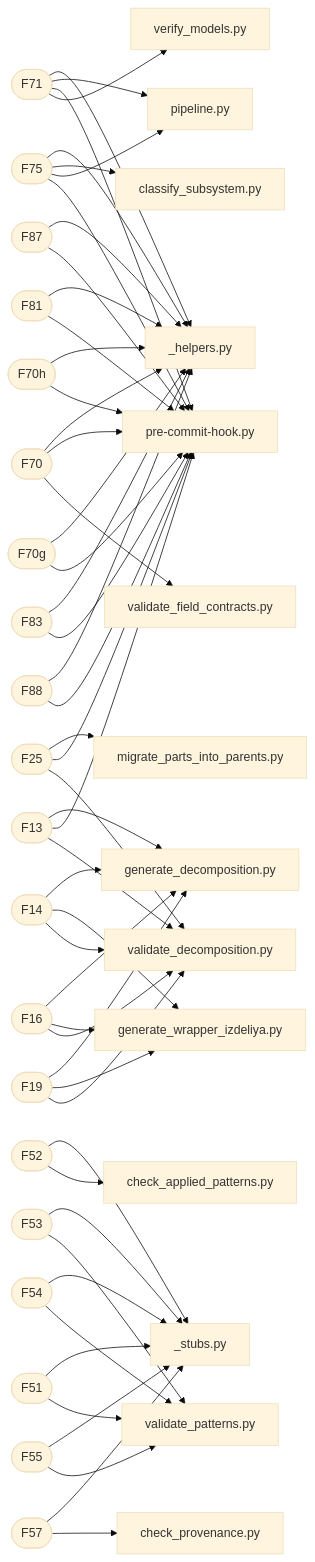
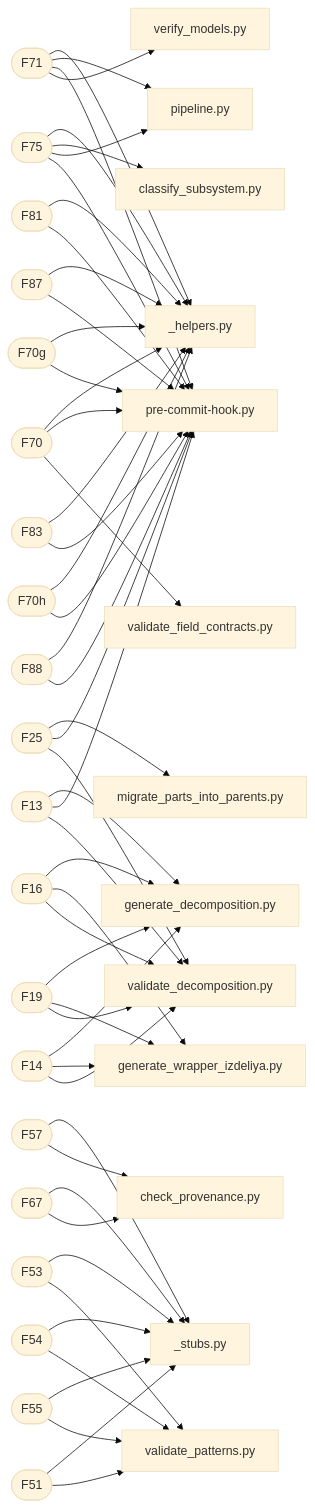
The diagram in graphs/mermaid/graph3_traceability.md (a-m-e-n-t-e-t/SkyNet), drawn with Mermaid (base theme) before and after one commit. The commit also changed 5 other files, not shown here.

First line of the commit message:
perf(scripts): F4 fast-path + F70 schema cache — pre-commit 11s→4s

````diff
--- a/graphs/mermaid/graph3_traceability.md
+++ b/graphs/mermaid/graph3_traceability.md
@@ -27,13 +27,6 @@
     F70 --> script_pre-commit-hook_py
     script_validate_field_contracts_py[validate_field_contracts.py]
     F70 --> script_validate_field_contracts_py
-    F14([F14])
-    script_generate_decomposition_py[generate_decomposition.py]
-    F14 --> script_generate_decomposition_py
-    script_generate_wrapper_izdeliya_py[generate_wrapper_izdeliya.py]
-    F14 --> script_generate_wrapper_izdeliya_py
-    script_validate_decomposition_py[validate_decomposition.py]
-    F14 --> script_validate_decomposition_py
     F13([F13])
     script_generate_decomposition_py[generate_decomposition.py]
     F13 --> script_generate_decomposition_py
@@ -55,6 +48,13 @@
     F19 --> script_generate_wrapper_izdeliya_py
     script_validate_decomposition_py[validate_decomposition.py]
     F19 --> script_validate_decomposition_py
+    F14([F14])
+    script_generate_decomposition_py[generate_decomposition.py]
+    F14 --> script_generate_decomposition_py
+    script_generate_wrapper_izdeliya_py[generate_wrapper_izdeliya.py]
+    F14 --> script_generate_wrapper_izdeliya_py
+    script_validate_decomposition_py[validate_decomposition.py]
+    F14 --> script_validate_decomposition_py
     F25([F25])
     script_migrate_parts_into_parents_py[migrate_parts_into_parents.py]
     F25 --> script_migrate_parts_into_parents_py
@@ -62,21 +62,16 @@
     F25 --> script_pre-commit-hook_py
     script_validate_decomposition_py[validate_decomposition.py]
     F25 --> script_validate_decomposition_py
+    F81([F81])
+    script__helpers_py[_helpers.py]
+    F81 --> script__helpers_py
+    script_pre-commit-hook_py[pre-commit-hook.py]
+    F81 --> script_pre-commit-hook_py
     F87([F87])
     script__helpers_py[_helpers.py]
     F87 --> script__helpers_py
     script_pre-commit-hook_py[pre-commit-hook.py]
     F87 --> script_pre-commit-hook_py
-    F81([F81])
-    script__helpers_py[_helpers.py]
-    F81 --> script__helpers_py
-    script_pre-commit-hook_py[pre-commit-hook.py]
-    F81 --> script_pre-commit-hook_py
-    F70h([F70h])
-    script__helpers_py[_helpers.py]
-    F70h --> script__helpers_py
-    script_pre-commit-hook_py[pre-commit-hook.py]
-    F70h --> script_pre-commit-hook_py
     F70g([F70g])
     script__helpers_py[_helpers.py]
     F70g --> script__helpers_py
@@ -87,16 +82,26 @@
     F83 --> script__helpers_py
     script_pre-commit-hook_py[pre-commit-hook.py]
     F83 --> script_pre-commit-hook_py
+    F70h([F70h])
+    script__helpers_py[_helpers.py]
+    F70h --> script__helpers_py
+    script_pre-commit-hook_py[pre-commit-hook.py]
+    F70h --> script_pre-commit-hook_py
     F88([F88])
     script__helpers_py[_helpers.py]
     F88 --> script__helpers_py
     script_pre-commit-hook_py[pre-commit-hook.py]
     F88 --> script_pre-commit-hook_py
-    F52([F52])
+    F57([F57])
     script__stubs_py[_stubs.py]
-    F52 --> script__stubs_py
-    script_check_applied_patterns_py[check_applied_patterns.py]
-    F52 --> script_check_applied_patterns_py
+    F57 --> script__stubs_py
+    script_check_provenance_py[check_provenance.py]
+    F57 --> script_check_provenance_py
+    F67([F67])
+    script__stubs_py[_stubs.py]
+    F67 --> script__stubs_py
+    script_check_provenance_py[check_provenance.py]
+    F67 --> script_check_provenance_py
     F53([F53])
     script__stubs_py[_stubs.py]
     F53 --> script__stubs_py
@@ -107,19 +112,14 @@
     F54 --> script__stubs_py
     script_validate_patterns_py[validate_patterns.py]
     F54 --> script_validate_patterns_py
-    F57([F57])
+    F55([F55])
     script__stubs_py[_stubs.py]
-    F57 --> script__stubs_py
-    script_check_provenance_py[check_provenance.py]
-    F57 --> script_check_provenance_py
+    F55 --> script__stubs_py
+    script_validate_patterns_py[validate_patterns.py]
+    F55 --> script_validate_patterns_py
     F51([F51])
     script__stubs_py[_stubs.py]
     F51 --> script__stubs_py
     script_validate_patterns_py[validate_patterns.py]
     F51 --> script_validate_patterns_py
-    F55([F55])
-    script__stubs_py[_stubs.py]
-    F55 --> script__stubs_py
-    script_validate_patterns_py[validate_patterns.py]
-    F55 --> script_validate_patterns_py
 ```
````
